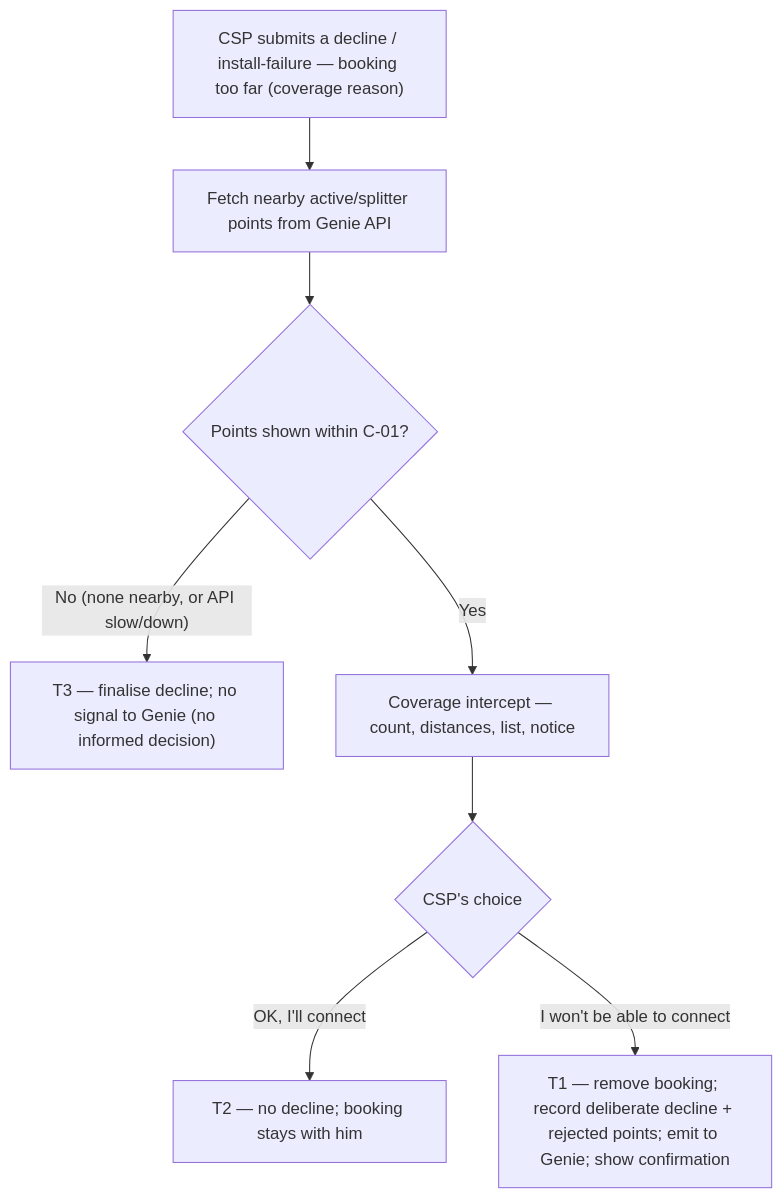
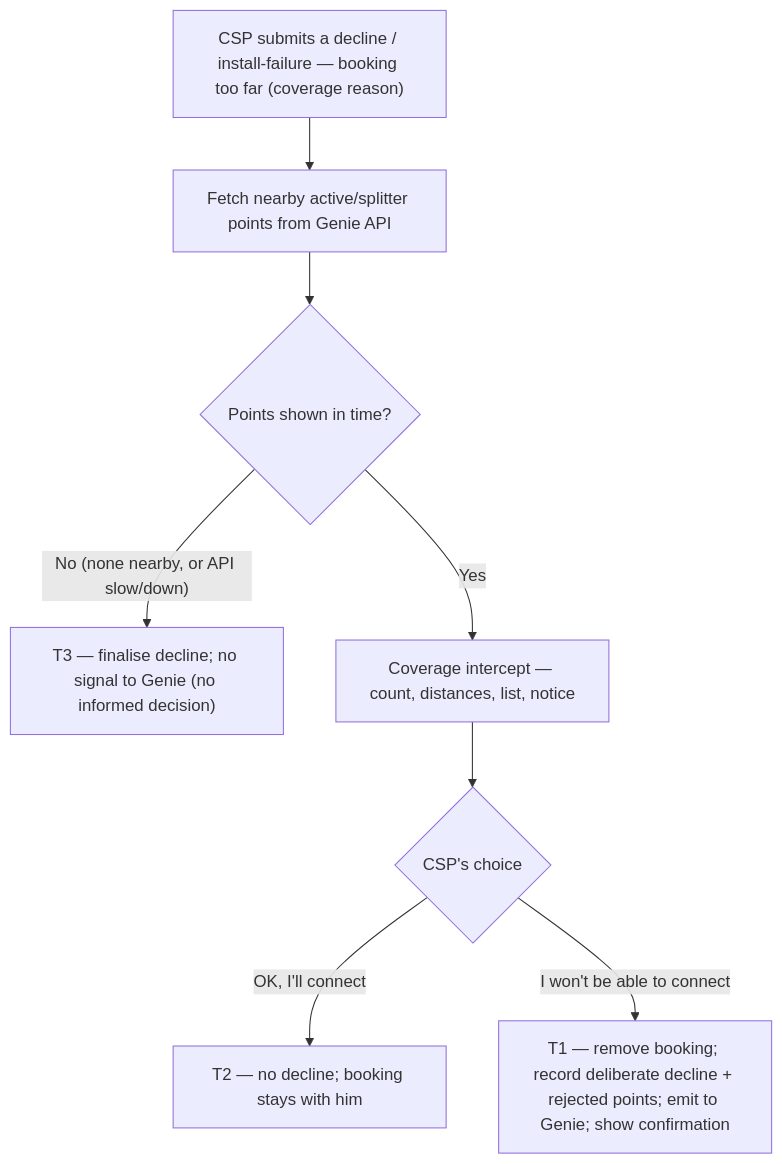
One commit to ashish-raj-wiom/coverage-decline-assist-prd changed the diagram in Coverage_Decline_Assist_PRD.md. Above: the diagram before and after it, drawn with Mermaid. The commit also changed other lines of this file and 1 other file, not shown here.

````diff
--- a/Coverage_Decline_Assist_PRD.md
+++ b/Coverage_Decline_Assist_PRD.md
@@ -63,10 +63,10 @@
 ```mermaid
 flowchart TD
     A["CSP submits a decline / install-failure — booking too far (coverage reason)"] --> B["Fetch nearby active/splitter points from Genie API"]
-    B --> C{"Points shown within C-01?"}
+    B --> C{"Points shown in time?"}
     C -- "No (none nearby, or API slow/down)" --> T3["T3 — finalise decline; no signal to Genie (no informed decision)"]
     C -- "Yes" --> D["Coverage intercept — count, distances, list, notice"]
     D --> E{"CSP's choice"}
     E -- "OK, I'll connect" --> T2["T2 — no decline; booking stays with him"]
     E -- "I won't be able to connect" --> T1["T1 — remove booking; record deliberate decline + rejected points; emit to Genie; show confirmation"]
 ```
````
